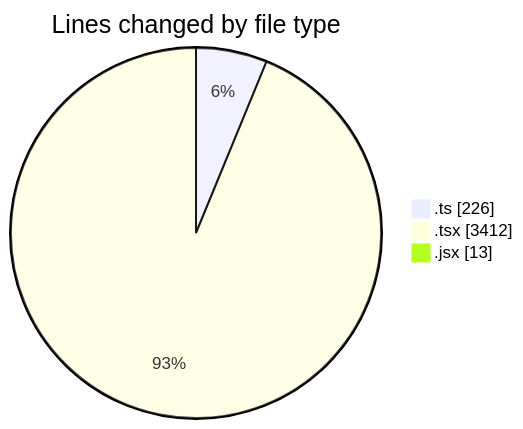
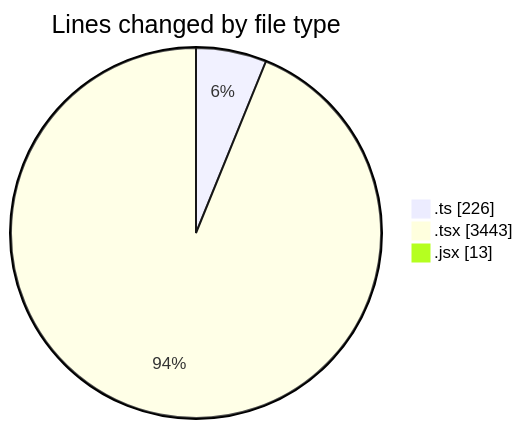
One commit to momahboobian/code-tracking changed the first of 2 diagrams in 2025-12-02/cda/README.md. Above: the diagram before and after it, drawn with Mermaid. The commit also changed other lines of this file and 1 other file, not shown here.

````diff
--- a/2025-12-02/cda/README.md
+++ b/2025-12-02/cda/README.md
@@ -30,7 +30,7 @@
 ```mermaid
 pie showData
 title Lines changed by file type
 ".ts" : 226
-".tsx" : 3412
+".tsx" : 3443
 ".jsx" : 13
 ```
````
